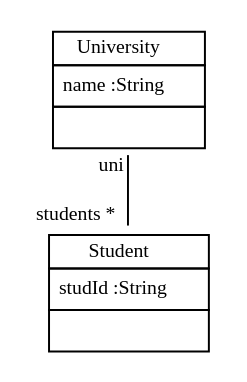
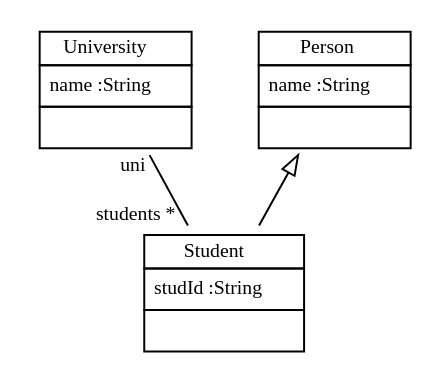
One commit to fujaba/SDMLib changed the diagram in doc/EMFStudyRightClassDiag.dot. Above: the diagram before and after it, drawn with Graphviz. The commit also changed 18 other files, not shown here.

```diff
--- a/doc/EMFStudyRightClassDiag.dot
+++ b/doc/EMFStudyRightClassDiag.dot
@@ -1,13 +1,15 @@
 
  digraph ClassDiagram {
     node [shape = none, fontsize = 10]; 
     edge [fontsize = 10];
     
     
     _University [label=<<table border='0' cellborder='1' cellspacing='0'> <tr> <td HREF="../examples/org/sdmlib/examples/emfstudyright/University.java">University</td> </tr> <tr><td><table border='0' cellborder='0' cellspacing='0'> <tr><td align='left'>name :String</td></tr>  </table></td></tr> <tr><td><table border='0' cellborder='0' cellspacing='0'> <tr><td> </td></tr> </table></td></tr> </table>>];
+    _Person [label=<<table border='0' cellborder='1' cellspacing='0'> <tr> <td HREF="../examples/org/sdmlib/examples/emfstudyright/Person.java">Person</td> </tr> <tr><td><table border='0' cellborder='0' cellspacing='0'> <tr><td align='left'>name :String</td></tr>  </table></td></tr> <tr><td><table border='0' cellborder='0' cellspacing='0'> <tr><td> </td></tr> </table></td></tr> </table>>];
     _Student [label=<<table border='0' cellborder='1' cellspacing='0'> <tr> <td HREF="../examples/org/sdmlib/examples/emfstudyright/Student.java">Student</td> </tr> <tr><td><table border='0' cellborder='0' cellspacing='0'> <tr><td align='left'>studId :String</td></tr>  </table></td></tr> <tr><td><table border='0' cellborder='0' cellspacing='0'> <tr><td> </td></tr> </table></td></tr> </table>>];
     
     
     
+    _Person ->  _Student [dir = "back" arrowtail = "empty"];
     _University -> _Student [headlabel = "students *" taillabel = "uni" arrowhead = "none" ];
 }
```
